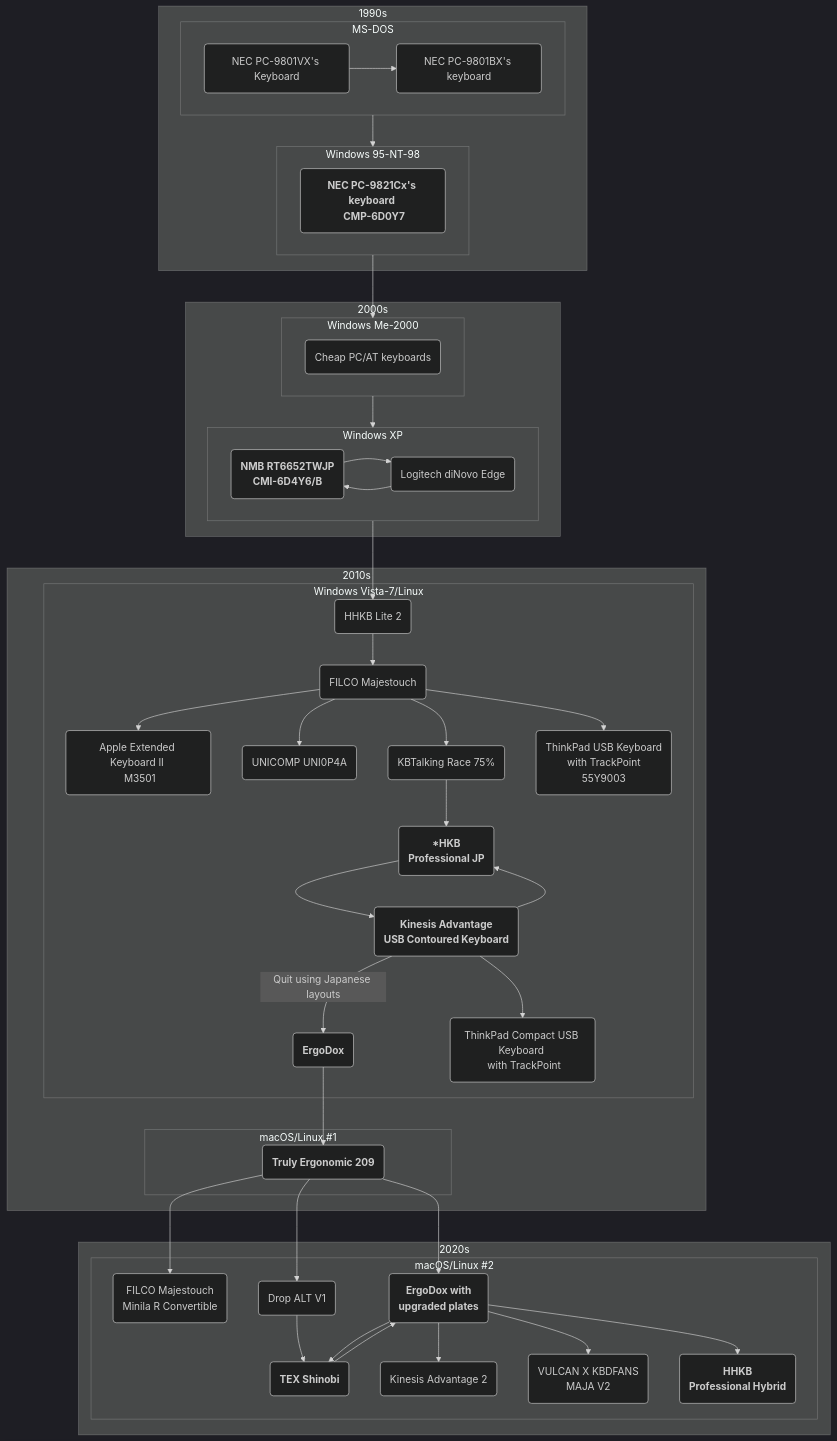
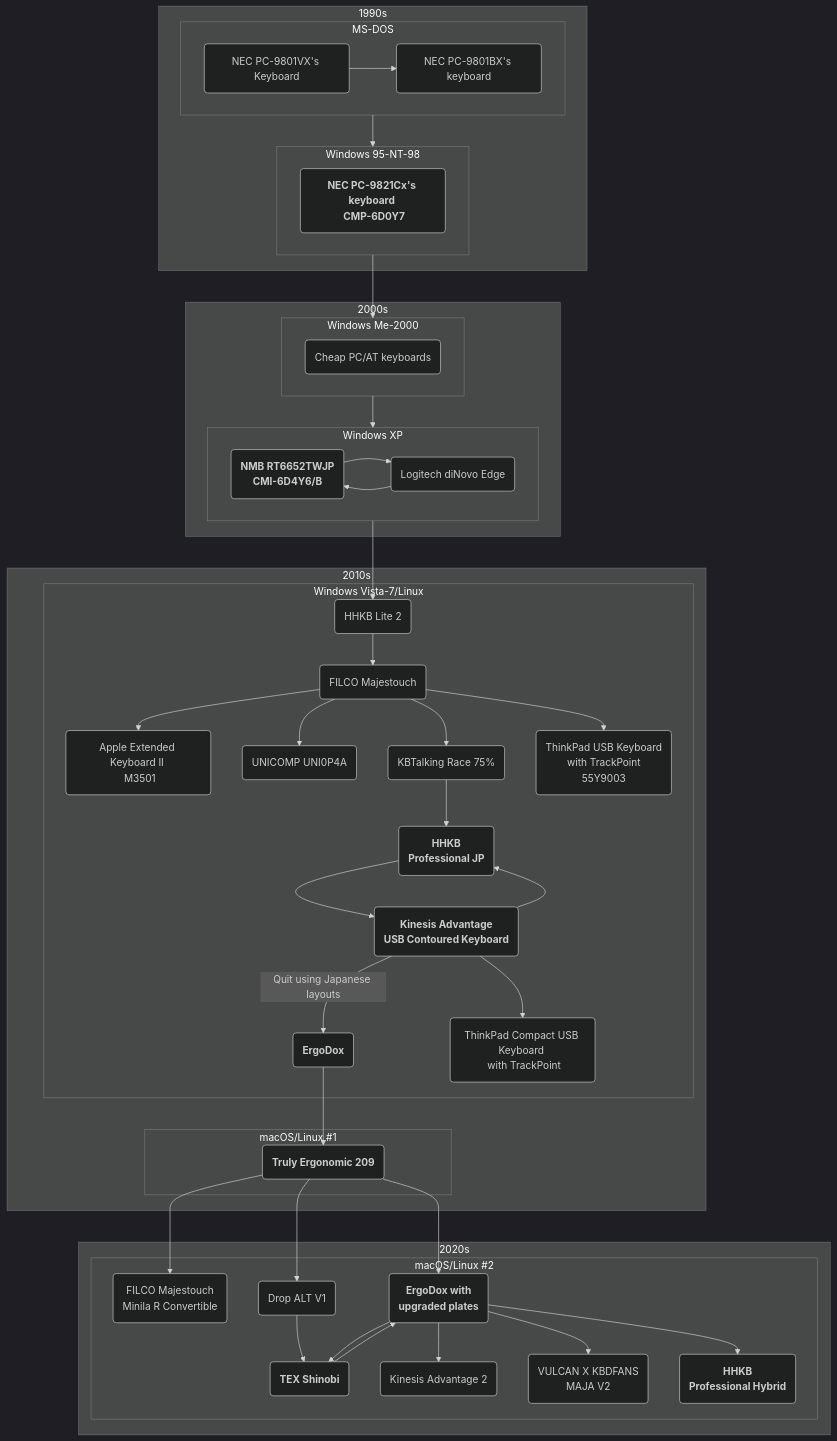
Before and after one commit to sumibi-yakitori/sumibi-yakitori: the diagram in hid.md, drawn with Mermaid (dark theme).

````diff
--- a/hid.md
+++ b/hid.md
@@ -18,66 +18,66 @@
 ```mermaid
 flowchart TB
   subgraph 1990s
     subgraph MS-DOS
       direction LR
 
       pc9801vx(NEC PC-9801VX's Keyboard)-->pc9801bx(NEC PC-9801BX's keyboard)
     end
     
     subgraph Windows 95-NT-98
       direction LR
 
       pc9801bx-->pc9821cx13("<strong>NEC PC-9821Cx's keyboard <br> CMP-6D0Y7</strong>")
     end
   end
   
   subgraph 2000s
     subgraph Windows Me-2000
       direction LR
 
       pc9821cx13-->pcat1(Cheap PC/AT keyboards)
     end
     
     subgraph Windows XP
       direction LR
 
       pcat1-->nmb
       nmb("<strong>NMB RT6652TWJP <br> CMI-6D4Y6/B</strong>")-->Logitech(Logitech diNovo Edge)-->nmb
     end
   end
   
   subgraph 2010s
     subgraph Windows Vista-7/Linux
       nmb-->hhkb-lite(HHKB Lite 2)
       hhkb-lite-->filco-m(FILCO Majestouch)
       filco-m-->ae-kb("Apple Extended Keyboard II <br> M3501")
       filco-m-->unicomp(UNICOMP UNI0P4A)
       filco-m-->race(KBTalking Race 75%)
       filco-m-->thinkpad1("ThinkPad USB Keyboard <br> with TrackPoint <br> 55Y9003")
-      race-->hhkb-pro-jp("<strong>*HKB <br> Professional JP</strong>")
+      race-->hhkb-pro-jp("<strong>HHKB <br> Professional JP</strong>")
       hhkb-pro-jp-->kinesis-a("<strong>Kinesis Advantage <br> USB Contoured Keyboard</strong>")
       kinesis-a-->hhkb-pro-jp
       kinesis-a-- "`Quit using Japanese layouts`" -->ergodox1("`**ErgoDox**`")
       kinesis-a-->thinkpad2("ThinkPad Compact USB Keyboard <br> with TrackPoint")
     end
 
     subgraph macOS/Linux #1
       ergodox1-->teck("`**Truly Ergonomic 209**`")
     end
   end
   
 
   subgraph 2020s
     subgraph macOS/Linux #2
       teck-->filco-minila-r("FILCO Majestouch <br> Minila R Convertible")
       teck-->ergodox2("<strong>ErgoDox with <br> upgraded plates</strong>")
       teck-->drop-alt(Drop ALT V1)
       drop-alt-->shinobi
       ergodox2-->shinobi("`**TEX Shinobi**`")
       shinobi-->ergodox2
       ergodox2-->kinesis-a2(Kinesis Advantage 2)
       ergodox2-->maja("VULCAN X KBDFANS <br> MAJA V2")
       ergodox2-->hhkb-hybrid("<strong>HHKB <br> Professional Hybrid</strong>")
     end
   end
 ```
````
